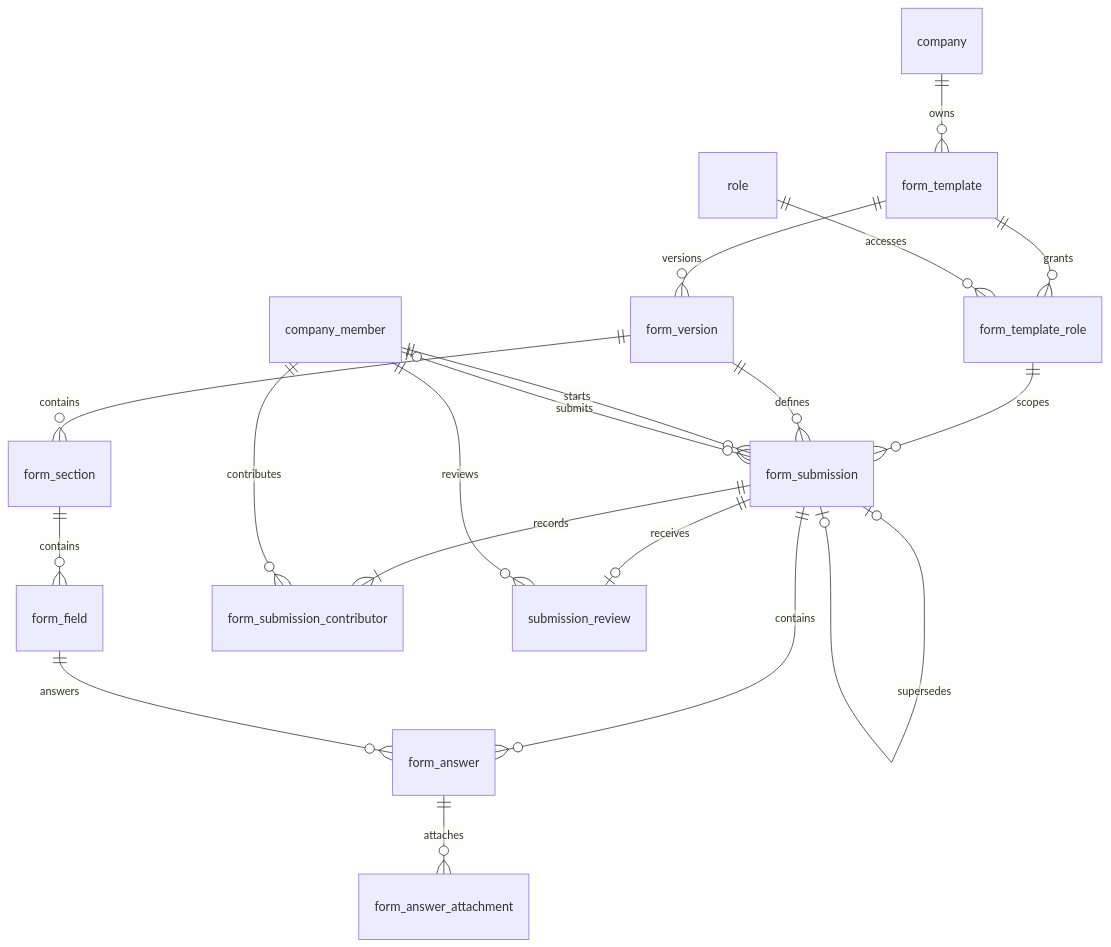
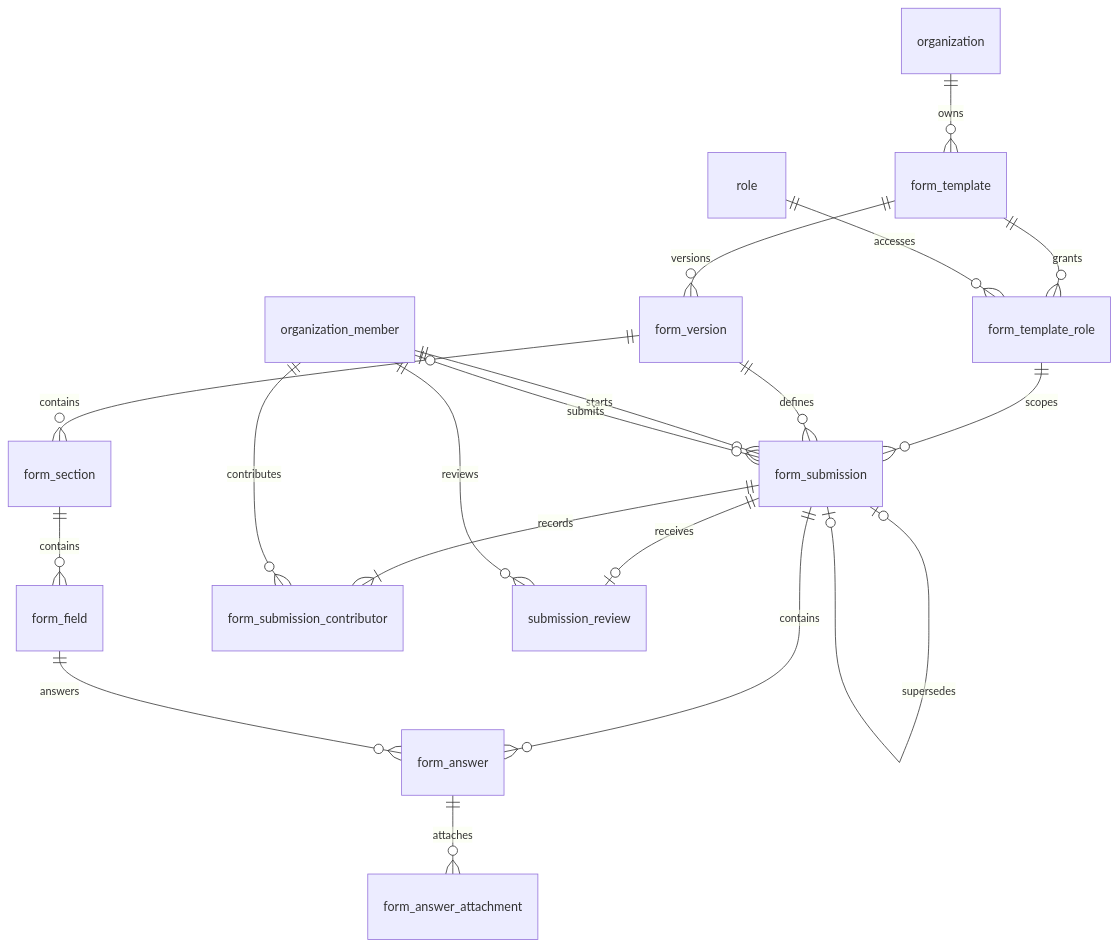
Before and after one commit to Apisit250aps/mini-security: the diagram in packages/domains/docs/inspection-form-design.md, drawn with Mermaid. The commit also changed other lines of this file and 469 other files, not shown here.

First line of the commit message:
feat: add organization management features including relations, schema, use cases, and repositories

````diff
--- a/packages/domains/docs/inspection-form-design.md
+++ b/packages/domains/docs/inspection-form-design.md
@@ -32,21 +32,21 @@
 ```mermaid
 erDiagram
-    company ||--o{ form_template : owns
+    organization ||--o{ form_template : owns
     form_template ||--o{ form_template_role : grants
     role ||--o{ form_template_role : accesses
     form_template_role ||--o{ form_submission : scopes
     form_template ||--o{ form_version : versions
     form_version ||--o{ form_section : contains
     form_section ||--o{ form_field : contains
     form_version ||--o{ form_submission : defines
-    company_member ||--o{ form_submission : starts
-    company_member o|--o{ form_submission : submits
+    organization_member ||--o{ form_submission : starts
+    organization_member o|--o{ form_submission : submits
     form_submission ||--|{ form_submission_contributor : records
-    company_member ||--o{ form_submission_contributor : contributes
+    organization_member ||--o{ form_submission_contributor : contributes
     form_submission ||--o{ form_answer : contains
     form_field ||--o{ form_answer : answers
     form_answer ||--o{ form_answer_attachment : attaches
     form_submission ||--o| submission_review : receives
-    company_member ||--o{ submission_review : reviews
+    organization_member ||--o{ submission_review : reviews
     form_submission o|--o| form_submission : supersedes
 ```
````
